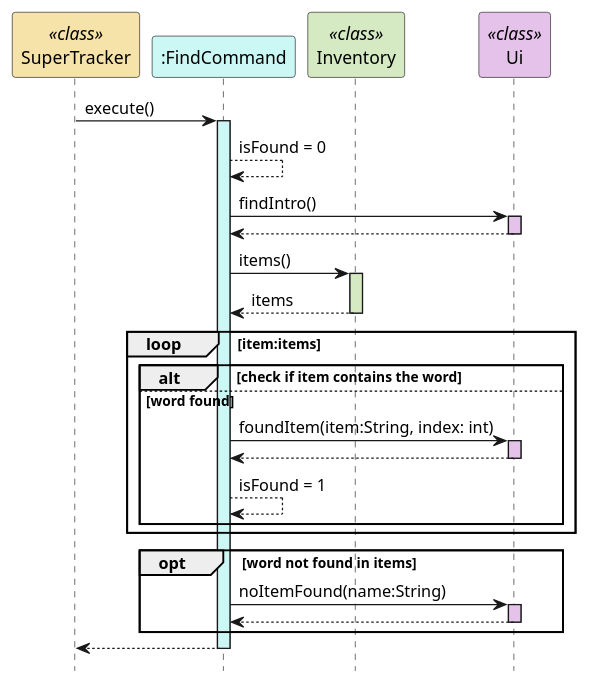
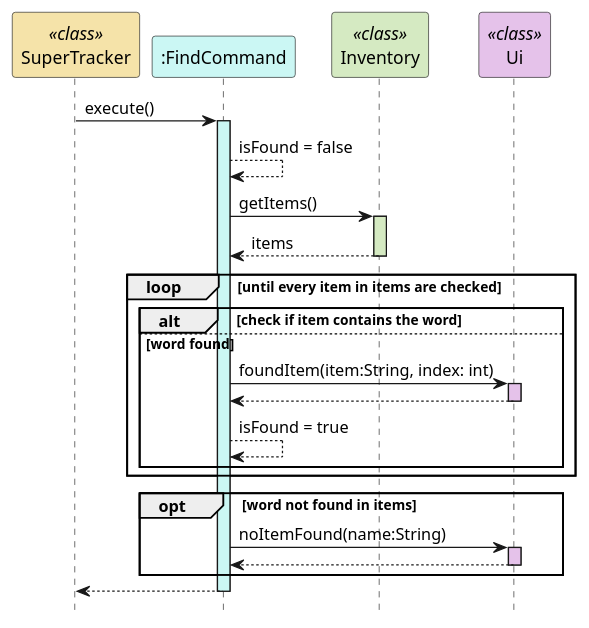
One commit to nus-cs2113-AY2324S2/tp changed the second of 2 diagrams in docs/uml-diagrams/FindCommand.puml. Above: the diagram before and after it, drawn with PlantUML. The commit also changed other lines of this file and 3 other files, not shown here.

Commit message:
Update DG with FindCommand

```diff
--- a/docs/uml-diagrams/FindCommand.puml
+++ b/docs/uml-diagrams/FindCommand.puml
@@ -48,43 +42,39 @@
 @startuml
 hide footbox
 participant "SuperTracker" as SuperTracker <<class>> #f5e3a9
 participant ":FindCommand" as FindCommand #cbf7f4
 participant "Inventory" as Inventory <<class>> #d5eac2
 participant "Ui" as Ui <<class>> #e5c2ea
 
 SuperTracker -> FindCommand : execute()
 activate FindCommand #cbf7f4
 
-FindCommand --> FindCommand : isFound = 0
+FindCommand --> FindCommand : isFound = false
 
-FindCommand -> Ui : findIntro()
-activate Ui #e5c2ea
-Ui --> FindCommand
-deactivate Ui
 
-FindCommand -> Inventory : items()
+FindCommand -> Inventory : getItems()
 activate Inventory #d5eac2
 Inventory --> FindCommand : items
 deactivate Inventory
 
-loop item:items
+loop until every item in items are checked
     alt check if item contains the word
     else word found
     FindCommand -> Ui : foundItem(item:String, index: int)
     activate Ui #e5c2ea
     Ui --> FindCommand
     deactivate Ui
-    FindCommand --> FindCommand : isFound = 1
+    FindCommand --> FindCommand : isFound = true
     end
 end
 
 opt word not found in items
 FindCommand -> Ui : noItemFound(name:String)
 activate Ui #e5c2ea
 Ui --> FindCommand
 deactivate Ui
 end
 
 FindCommand --> SuperTracker
 deactivate FindCommand
 @enduml
```
